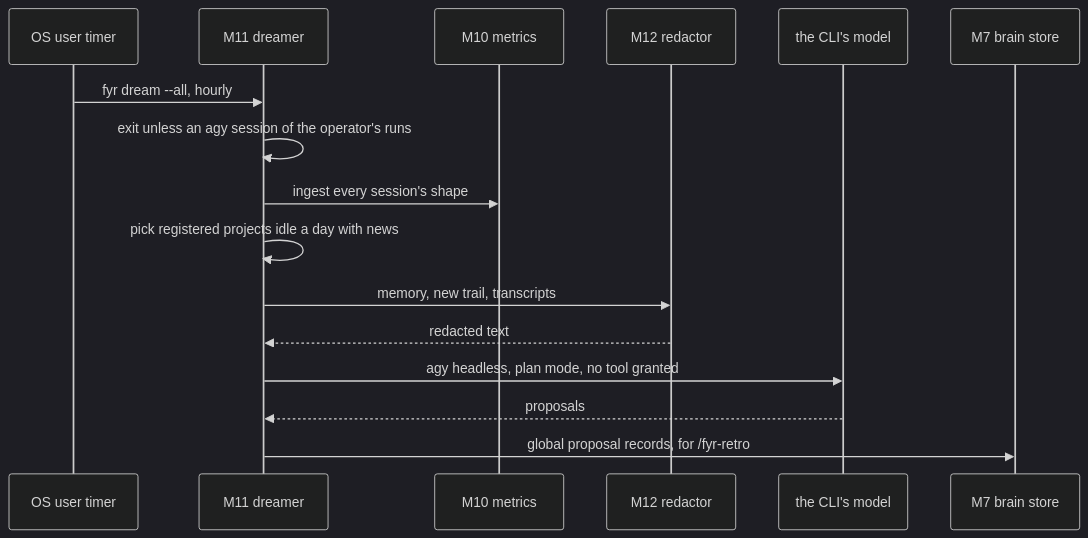
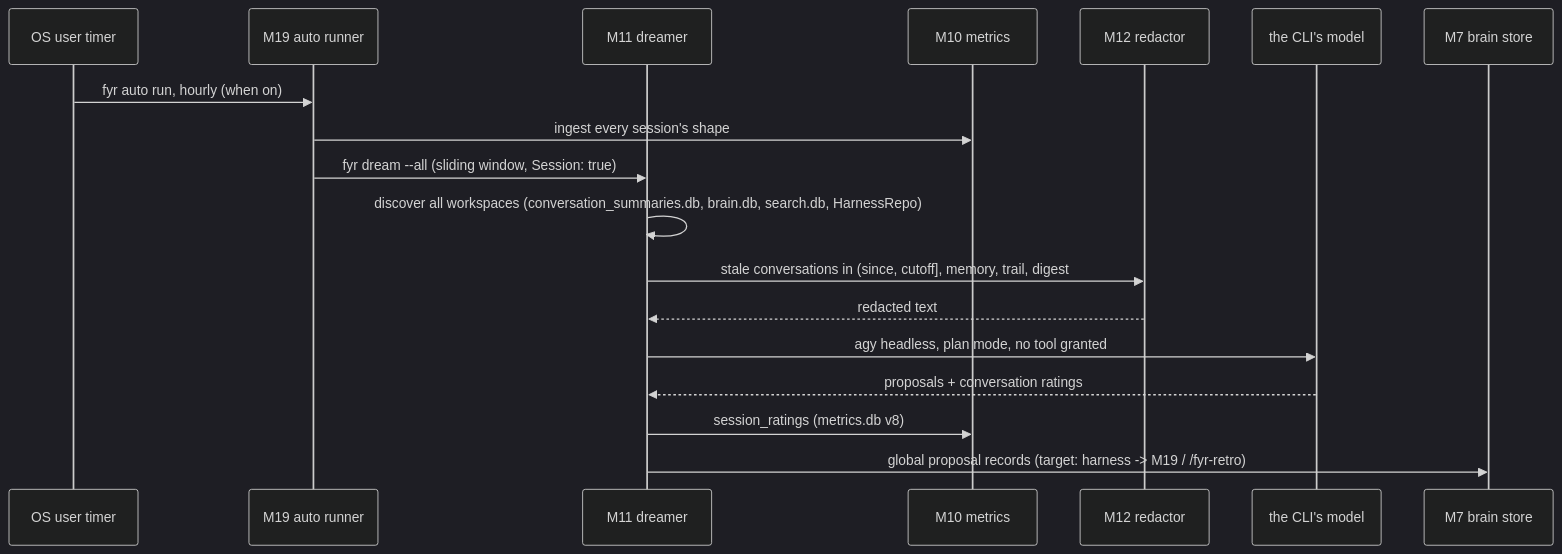
Before and after one commit to kesokaj/fyr: the fifth of 5 diagrams in SDD.md, drawn with Mermaid (dark theme). The commit also changed other lines of this file and 5 other files, not shown here.

````diff
--- a/SDD.md
+++ b/SDD.md
@@ -113,18 +113,20 @@
 ```mermaid
 sequenceDiagram
   participant T as OS user timer
+  participant A as M19 auto runner
   participant D as M11 dreamer
   participant M as M10 metrics
   participant R as M12 redactor
   participant P as the CLI's model
   participant B as M7 brain store
-  T->>D: fyr dream --all, hourly
-  D->>D: exit unless an agy session of the operator's runs
-  D->>M: ingest every session's shape
-  D->>D: pick registered projects idle a day with news
-  D->>R: memory, new trail, transcripts
+  T->>A: fyr auto run, hourly (when on)
+  A->>M: ingest every session's shape
+  A->>D: fyr dream --all (sliding window, Session: true)
+  D->>D: discover all workspaces (conversation_summaries.db, brain.db, search.db, HarnessRepo)
+  D->>R: stale conversations in (since, cutoff], memory, trail, digest
   R-->>D: redacted text
   D->>P: agy headless, plan mode, no tool granted
-  P-->>D: proposals
-  D->>B: global proposal records, for /fyr-retro
+  P-->>D: proposals + conversation ratings
+  D->>M: session_ratings (metrics.db v8)
+  D->>B: global proposal records (target: harness -> M19 / /fyr-retro)
 ```
````
